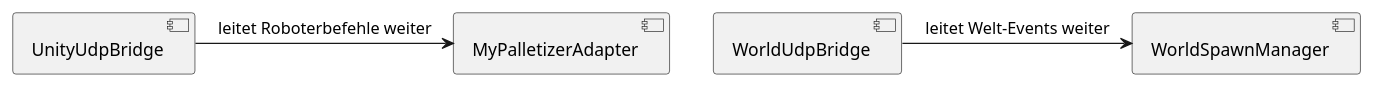
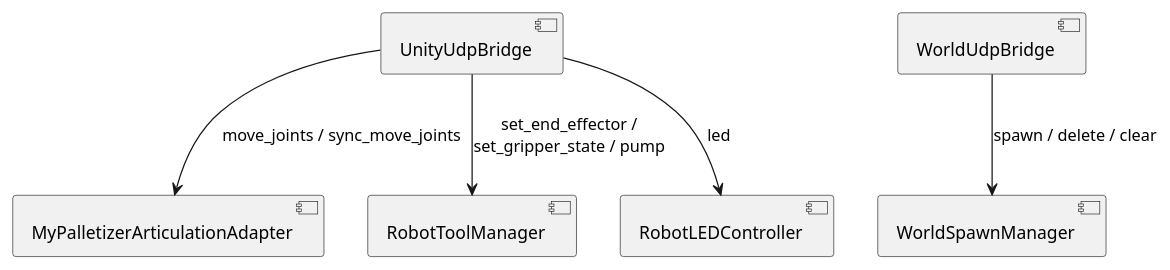
Before and after one commit to Stonehouse1703/DigitalTwin-for-MyPalletizer-UnityVersion: the third of 7 diagrams in docs/asciidoc/chapters/05_building_block_view.adoc, drawn with PlantUML. The commit also changed other lines of this file, not shown here.

Commit message:
Refine building block view documentation: enhance clarity of system architecture, component roles, and communication protocols

```diff
--- a/docs/asciidoc/chapters/05_building_block_view.adoc
+++ b/docs/asciidoc/chapters/05_building_block_view.adoc
@@ -62,12 +120,17 @@
 [plantuml, target="diagram-unity-l2", format="png"]
 ----
 @startuml
 component "UnityUdpBridge" as UUB
+component "MyPalletizerArticulationAdapter" as Adapter
+component "RobotToolManager" as ToolManager
+component "RobotLEDController" as LED
 component "WorldUdpBridge" as WUB
-component "MyPalletizerAdapter" as MPA
 component "WorldSpawnManager" as WSM
 
-UUB -> MPA : leitet Roboterbefehle weiter
-WUB -> WSM : leitet Welt-Events weiter
+UUB --> Adapter : move_joints / sync_move_joints
+UUB --> ToolManager : set_end_effector /\nset_gripper_state / pump
+UUB --> LED : led
+
+WUB --> WSM : spawn / delete / clear
 @enduml
 ----
```
